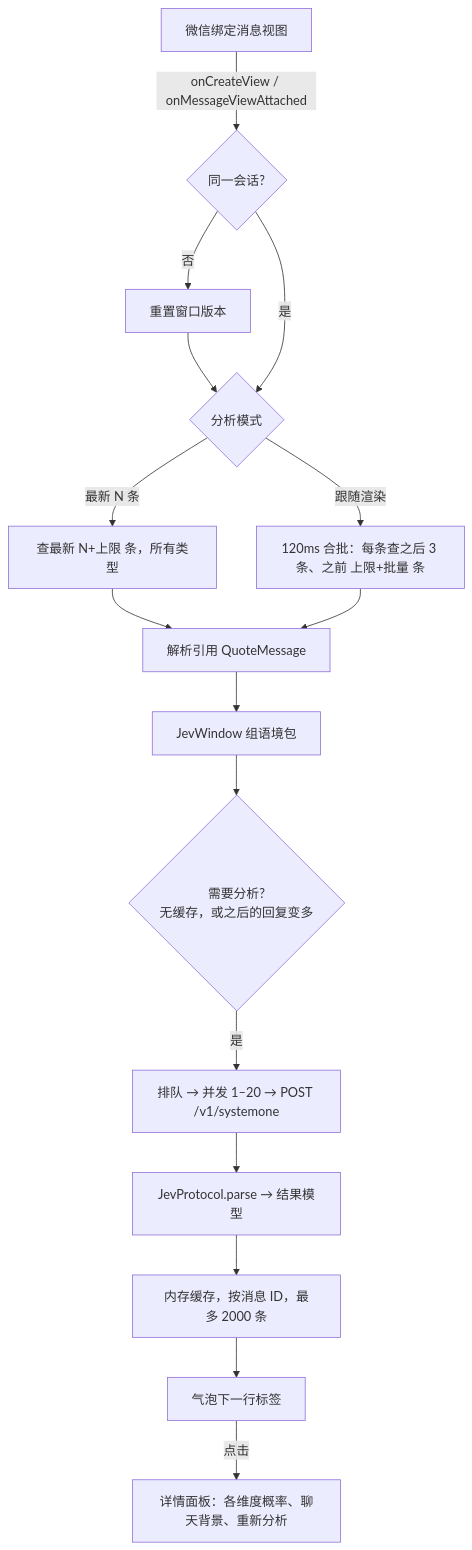
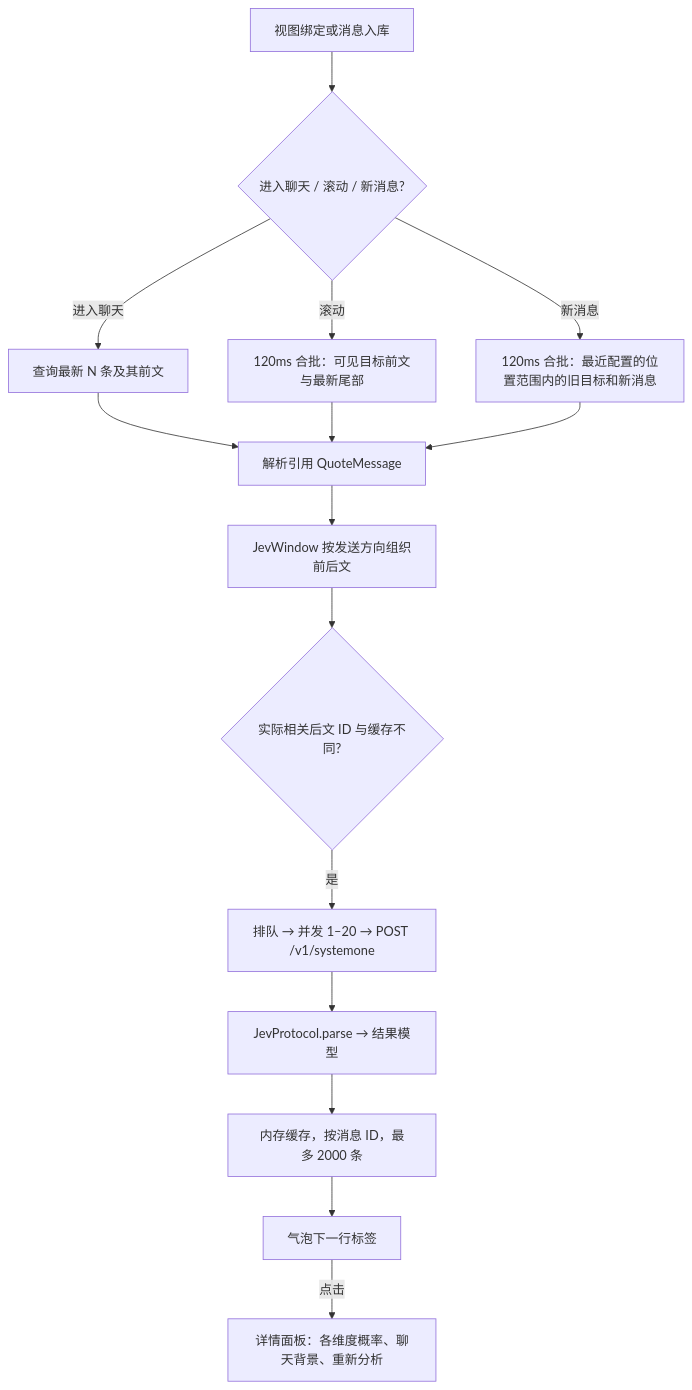
Before and after one commit to justhil/WeKit: the first of 2 diagrams in 二开的参考文档/架构与关键决策.md, drawn with Mermaid. The commit also changed other lines of this file and 11 other files, not shown here.

````diff
--- a/二开的参考文档/架构与关键决策.md
+++ b/二开的参考文档/架构与关键决策.md
@@ -124,18 +127,17 @@
 ```mermaid
 flowchart TD
-  A[微信绑定消息视图] -->|onCreateView / onMessageViewAttached| B{同一会话?}
-  B -- 否 --> C[重置窗口版本]
-  C --> D{分析模式}
-  B -- 是 --> D
-  D -- 最新 N 条 --> E[查最新 N+上限 条，所有类型]
-  D -- 跟随渲染 --> F[120ms 合批：每条查之后 3 条、之前 上限+批量 条]
+  A[视图绑定或消息入库] --> B{进入聊天 / 滚动 / 新消息?}
+  B -- 进入聊天 --> E[查询最新 N 条及其前文]
+  B -- 滚动 --> F[120ms 合批：可见目标前文与最新尾部]
+  B -- 新消息 --> R[120ms 合批：最近配置的位置范围内的旧目标和新消息]
   E --> G[解析引用 QuoteMessage]
   F --> G
-  G --> H[JevWindow 组语境包]
-  H --> I{需要分析?<br/>无缓存，或之后的回复变多}
+  R --> G
+  G --> H[JevWindow 按发送方向组织前后文]
+  H --> I{实际相关后文 ID 与缓存不同?}
   I -- 是 --> J[排队 → 并发 1–20 → POST /v1/systemone]
   J --> K[JevProtocol.parse → 结果模型]
   K --> L[内存缓存，按消息 ID，最多 2000 条]
   L --> M[气泡下一行标签]
   M -->|点击| N[详情面板：各维度概率、聊天背景、重新分析]
 ```
````
